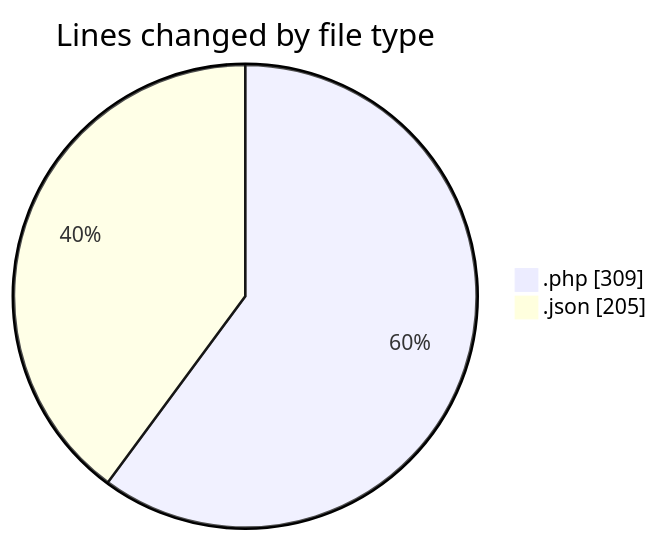
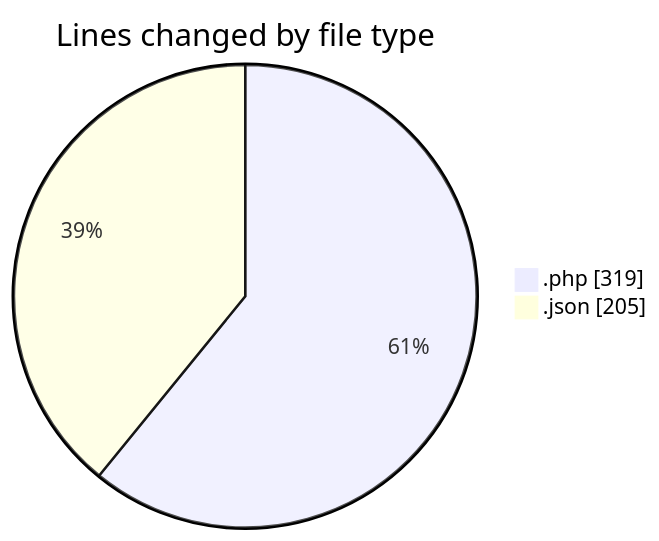
The first of 2 diagrams in 2025-04-13/autodidak/README.md (idhammustaqopulfikri/code-tracking), drawn with Mermaid before and after one commit. The commit also changed other lines of this file and 1 other file, not shown here.

````diff
--- a/2025-04-13/autodidak/README.md
+++ b/2025-04-13/autodidak/README.md
@@ -27,6 +27,6 @@
 ```mermaid
 pie showData
 title Lines changed by file type
-".php" : 309
+".php" : 319
 ".json" : 205
 ```
````
